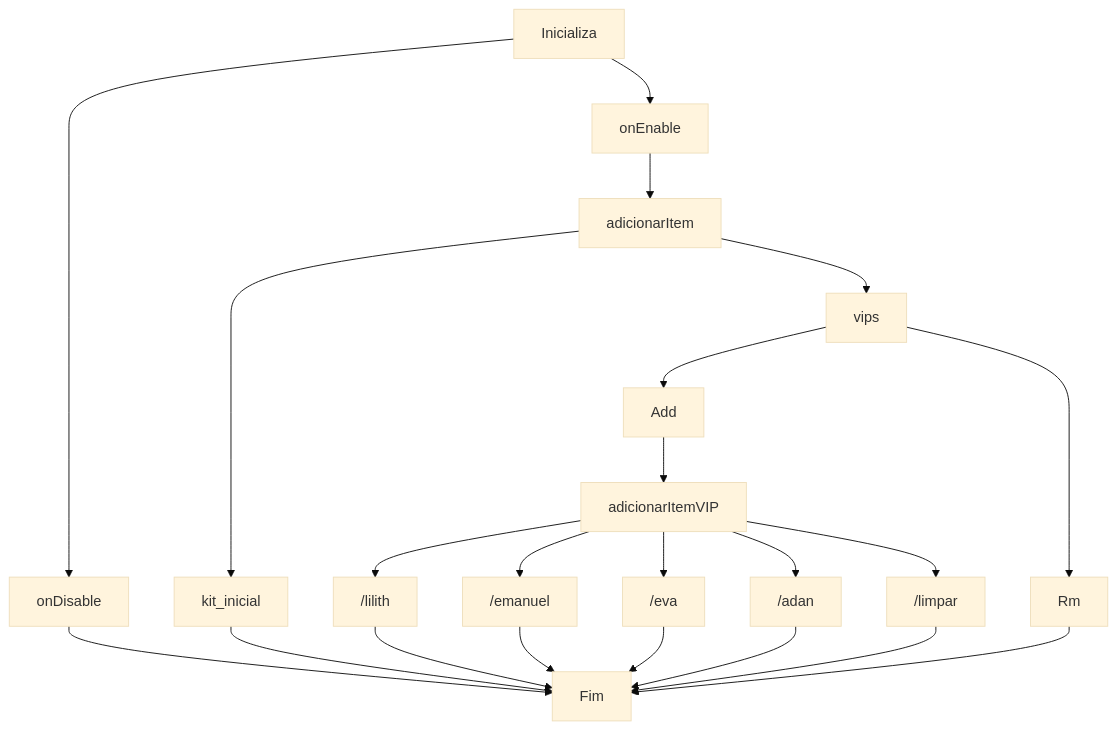
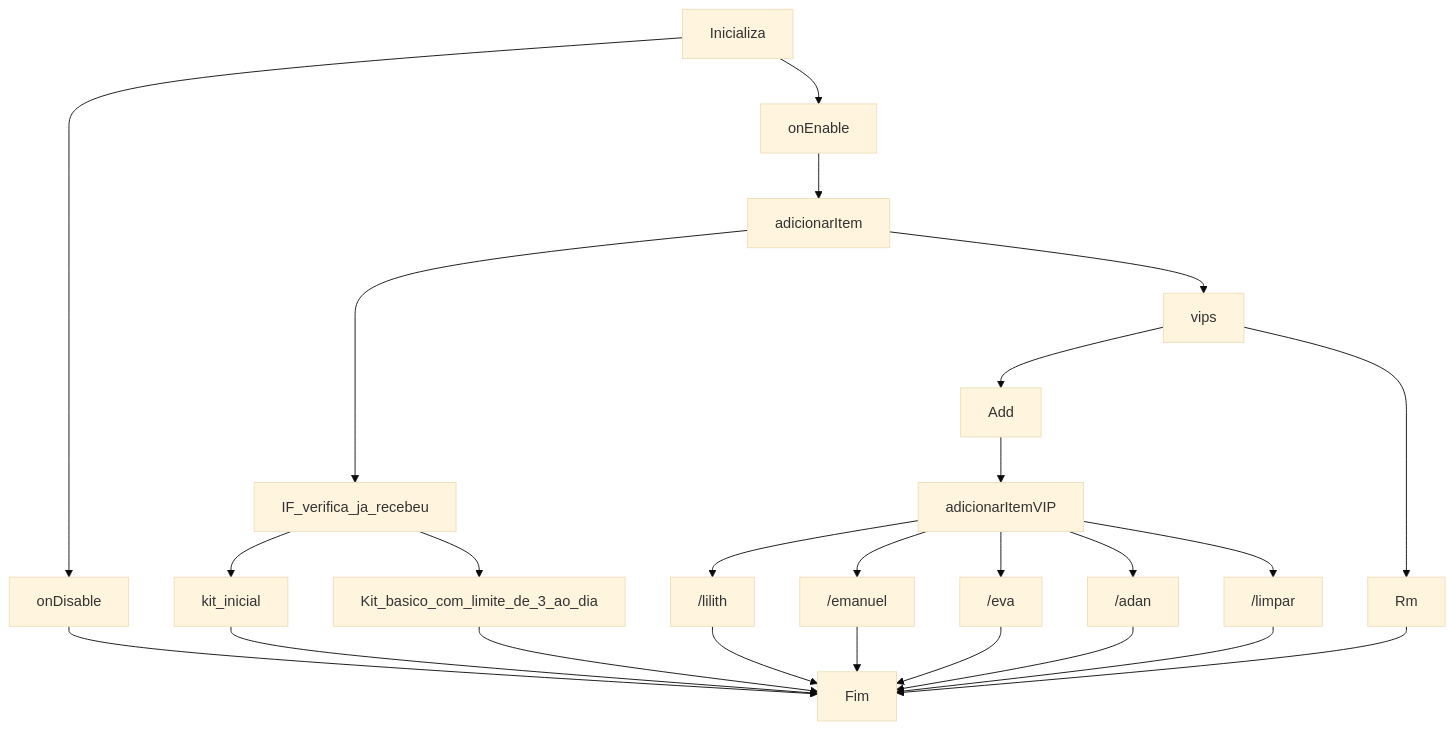
The diagram in README.md (astral123457/bk), drawn with Mermaid (base theme) before and after one commit.

````diff
--- a/README.md
+++ b/README.md
@@ -64,24 +64,27 @@
 ```mermaid
 graph TD;
     Inicializa-->onEnable;
     Inicializa-->onDisable;
     onEnable-->adicionarItem;
     onDisable-->Fim;
     adicionarItem-->vips;
-    adicionarItem-->kit_inicial;
+    adicionarItem-->IF_verifica_ja_recebeu;
     vips-->Add;
     vips-->Rm;
+    IF_verifica_ja_recebeu-->kit_inicial;
+    IF_verifica_ja_recebeu-->Kit_basico_com_limite_de_3_ao_dia;
     kit_inicial-->Fim;
+    Kit_basico_com_limite_de_3_ao_dia-->Fim;
     Add-->adicionarItemVIP;
     adicionarItemVIP-->/lilith;
     /lilith-->Fim;
     adicionarItemVIP-->/emanuel;
     /emanuel-->Fim;
     adicionarItemVIP-->/eva;
     /eva-->Fim;
     adicionarItemVIP-->/adan;
     /adan-->Fim;
     adicionarItemVIP-->/limpar;
     /limpar-->Fim;
     Rm-->Fim;
 ```
````
